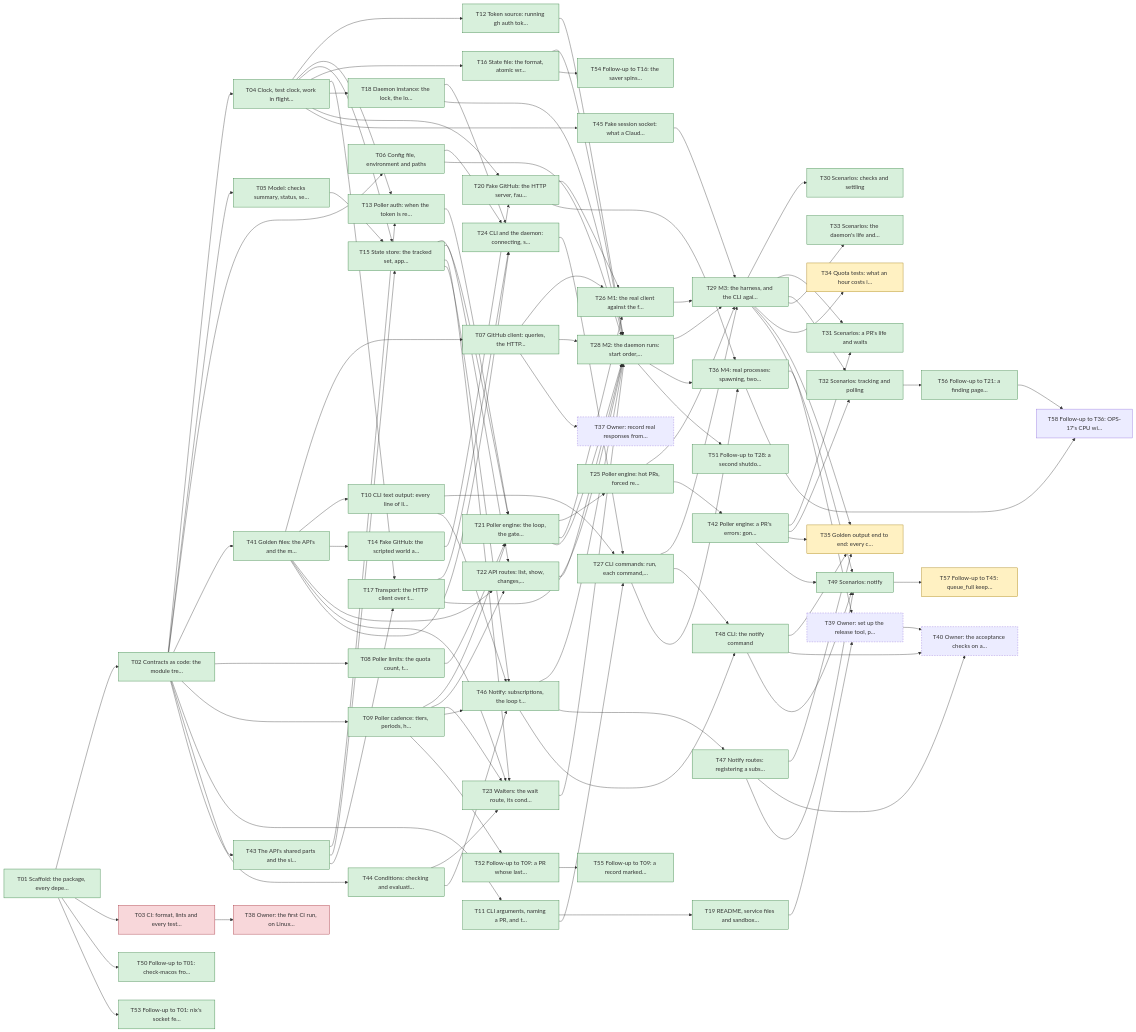
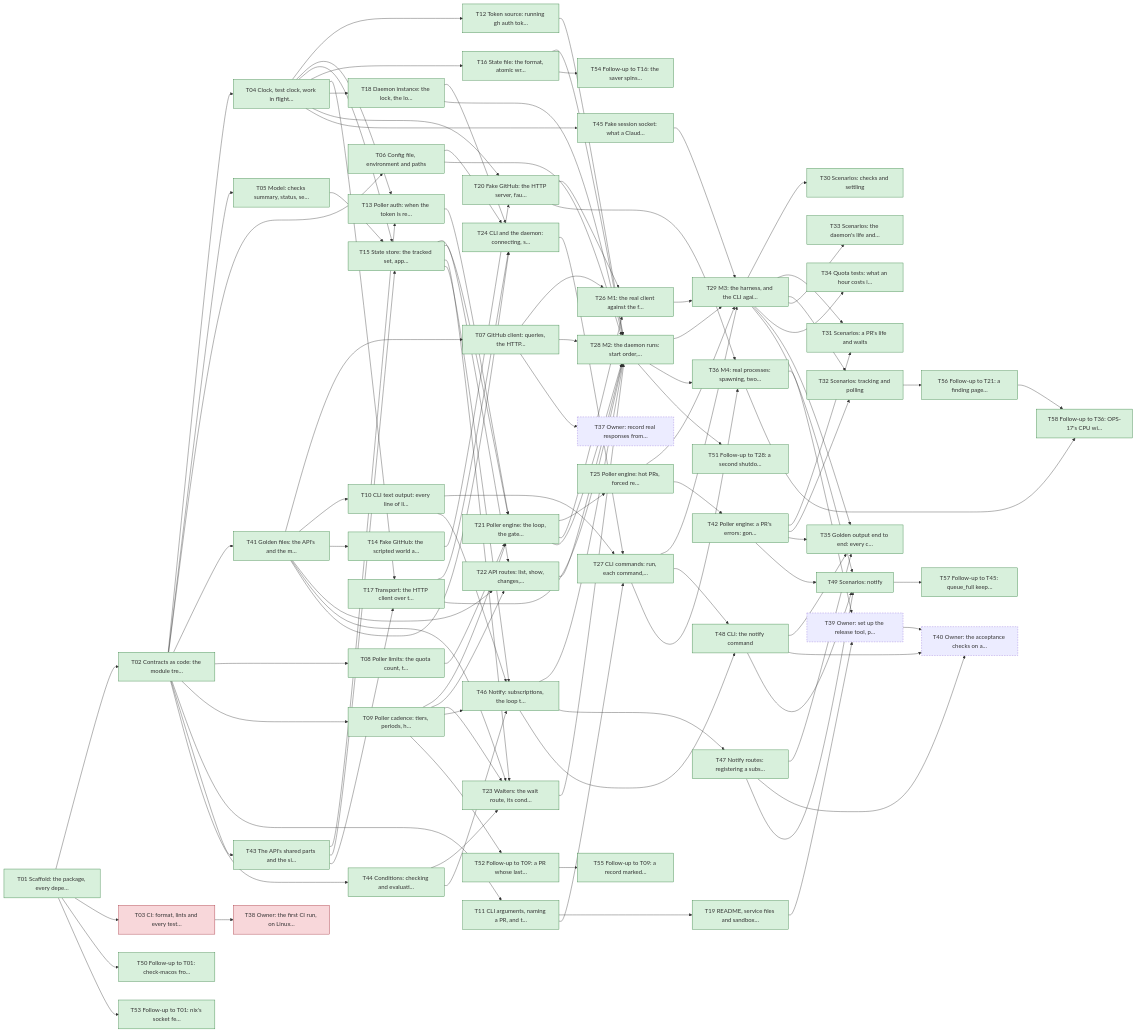
The diagram in plan/README.md (yachiko/circitor), drawn with Mermaid before and after one commit. The commit also changed other lines of this file and 5 other files, not shown here.

```diff
--- a/plan/README.md
+++ b/plan/README.md
@@ -178,8 +178,8 @@
   T31["T31 Scenarios: a PR's life and waits"]:::done
   T32["T32 Scenarios: tracking and polling"]:::done
   T33["T33 Scenarios: the daemon's life and…"]:::done
-  T34["T34 Quota tests: what an hour costs i…"]:::active
-  T35["T35 Golden output end to end: every c…"]:::active
+  T34["T34 Quota tests: what an hour costs i…"]:::done
+  T35["T35 Golden output end to end: every c…"]:::done
   T36["T36 M4: real processes: spawning, two…"]:::done
   T37["T37 Owner: record real responses from…"]:::manual
   T38["T38 Owner: the first CI run, on Linux…"]:::blocked
@@ -201,8 +201,8 @@
   T54["T54 Follow-up to T16: the saver spins…"]:::done
   T55["T55 Follow-up to T09: a record marked…"]:::done
   T56["T56 Follow-up to T21: a finding page…"]:::done
-  T57["T57 Follow-up to T45: queue_full keep…"]:::active
-  T58["T58 Follow-up to T36: OPS-17's CPU wi…"]
+  T57["T57 Follow-up to T45: queue_full keep…"]:::done
+  T58["T58 Follow-up to T36: OPS-17's CPU wi…"]:::done
   T01 --> T02
   T01 --> T03
   T02 --> T04
```
